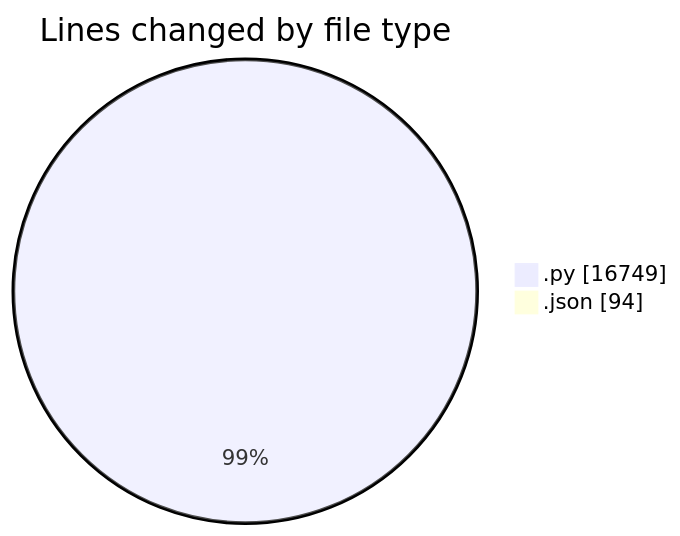
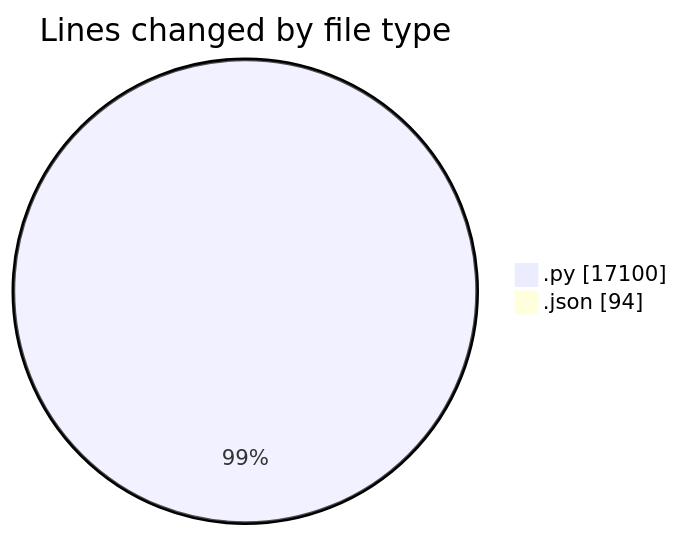
Before and after one commit to jrari/code-tracking: the first of 2 diagrams in 2025-07-14/telebot/README.md, drawn with Mermaid. The commit also changed other lines of this file and 1 other file, not shown here.

````diff
--- a/2025-07-14/telebot/README.md
+++ b/2025-07-14/telebot/README.md
@@ -40,6 +41,6 @@
 ```mermaid
 pie showData
 title Lines changed by file type
-".py" : 16749
+".py" : 17100
 ".json" : 94
 ```
````
